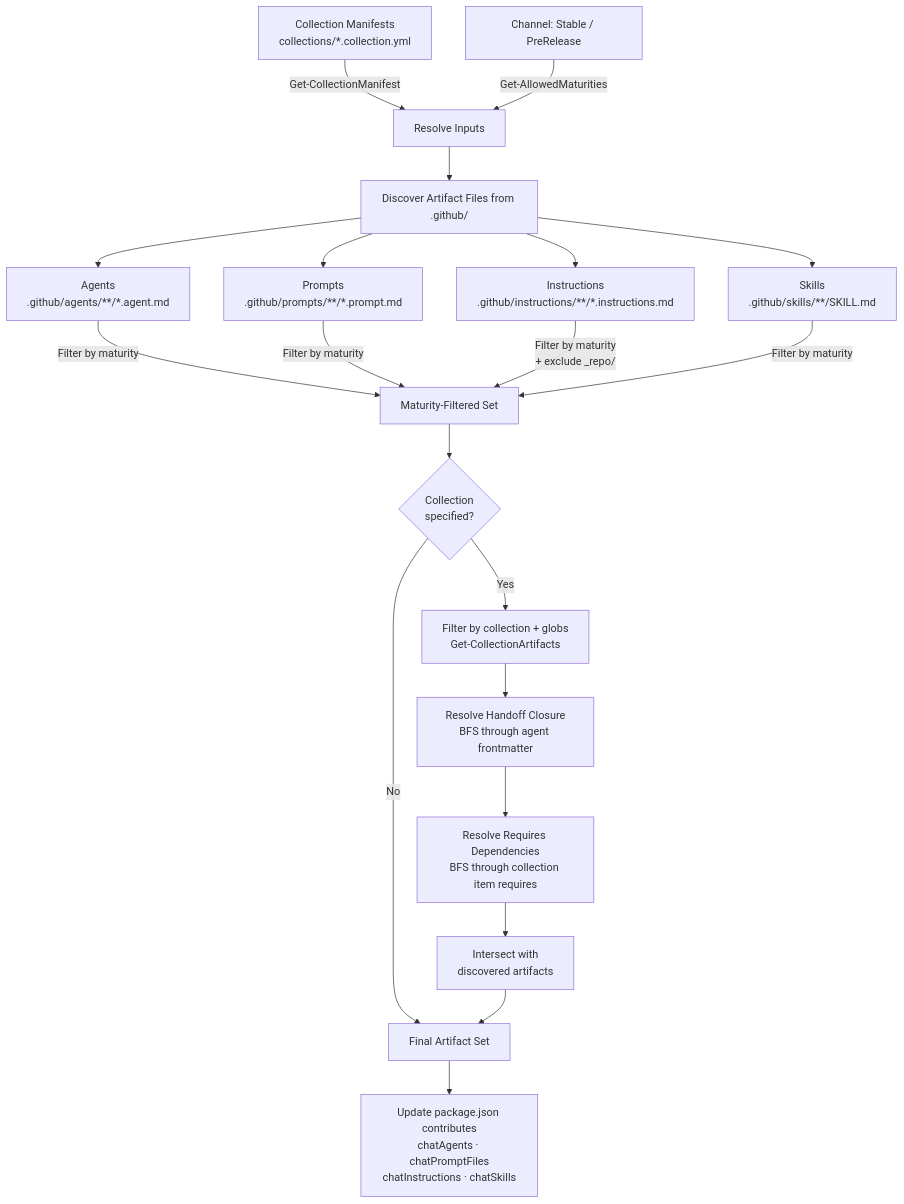
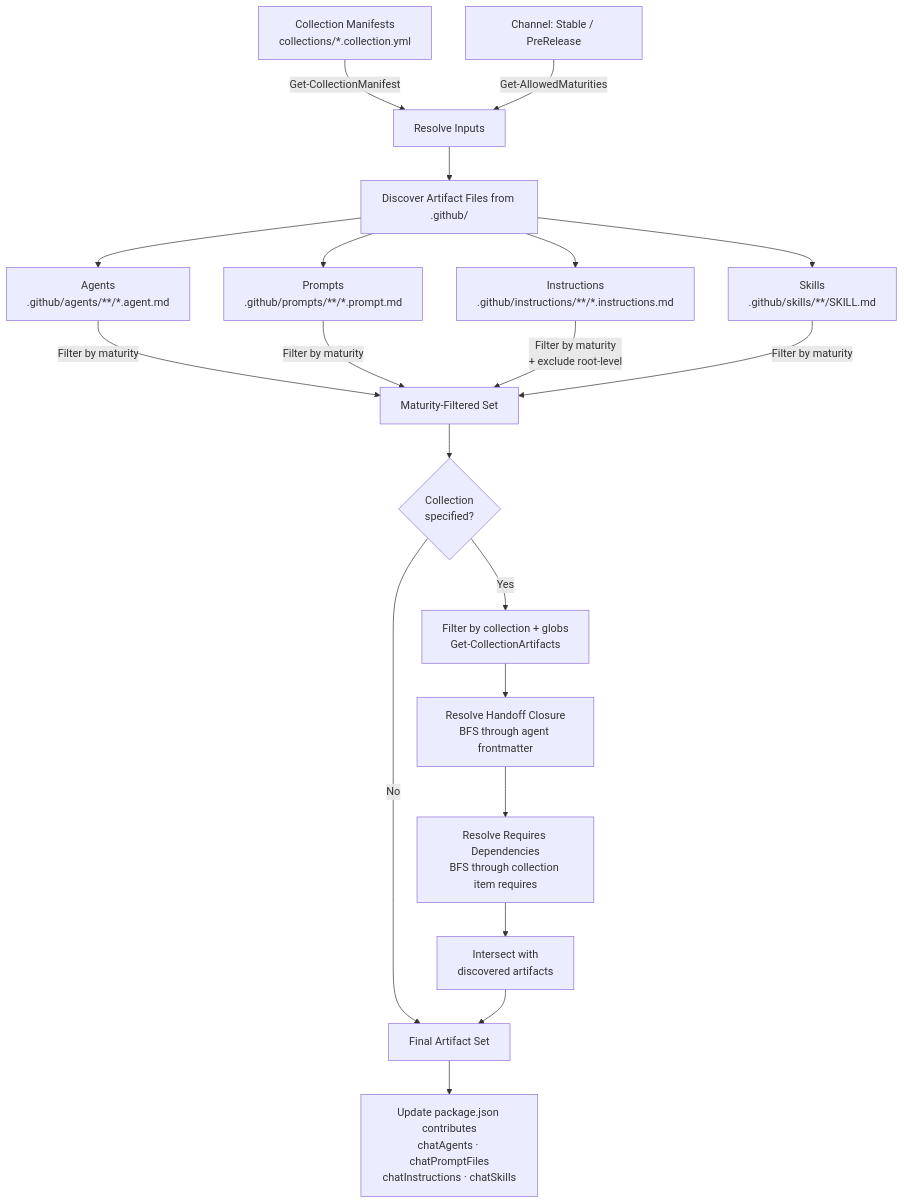
Before and after one commit to microsoft/hve-core: the second of 4 diagrams in extension/PACKAGING.md, drawn with Mermaid. The commit also changed other lines of this file and 8 other files, not shown here.

````diff
--- a/extension/PACKAGING.md
+++ b/extension/PACKAGING.md
@@ -89,27 +89,27 @@
 ```mermaid
 flowchart TB
     CM["Collection Manifests<br/>collections/*.collection.yml"] -->|Get-CollectionManifest| INPUTS
     CH[Channel: Stable / PreRelease] -->|Get-AllowedMaturities| INPUTS
 
     INPUTS[Resolve Inputs] --> DISC[Discover Artifact Files from .github/]
 
     DISC --> AG["Agents<br/>.github/agents/**/*.agent.md"]
     DISC --> PR["Prompts<br/>.github/prompts/**/*.prompt.md"]
     DISC --> IN["Instructions<br/>.github/instructions/**/*.instructions.md"]
     DISC --> SK["Skills<br/>.github/skills/**/SKILL.md"]
 
     AG -->|Filter by maturity| FM[Maturity-Filtered Set]
     PR -->|Filter by maturity| FM
-    IN -->|"Filter by maturity<br/>+ exclude _repo/"| FM
+    IN -->|"Filter by maturity<br/>+ exclude root-level"| FM
     SK -->|Filter by maturity| FM
 
     FM --> CF{"Collection<br/>specified?"}
     CF -->|No| FINAL[Final Artifact Set]
     CF -->|Yes| PA["Filter by collection + globs<br/>Get-CollectionArtifacts"]
     PA --> HD["Resolve Handoff Closure<br/>BFS through agent frontmatter"]
     HD --> RD["Resolve Requires Dependencies<br/>BFS through collection item requires"]
     RD --> INT["Intersect with<br/>discovered artifacts"]
     INT --> FINAL
 
     FINAL --> UPD["Update package.json contributes<br/>chatAgents · chatPromptFiles<br/>chatInstructions · chatSkills"]
 ```
````
